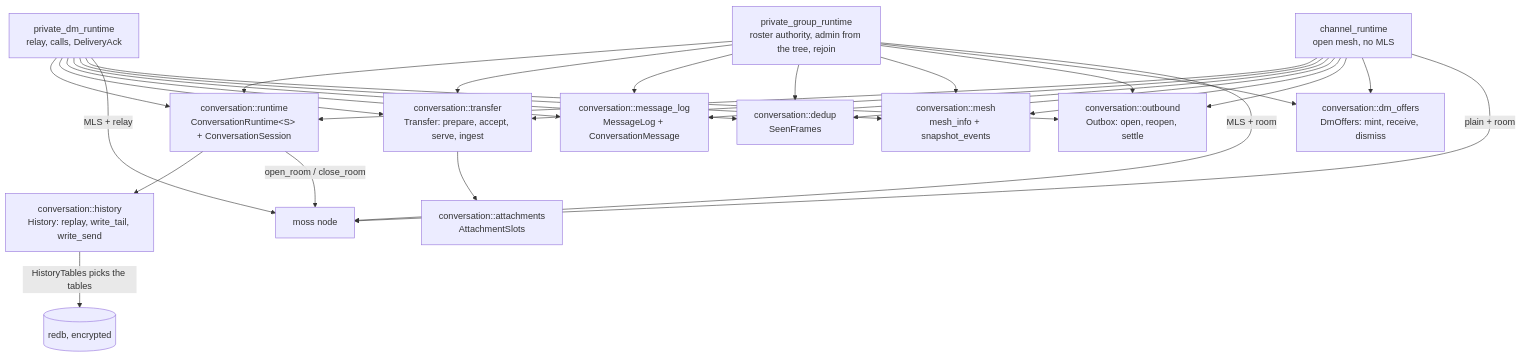
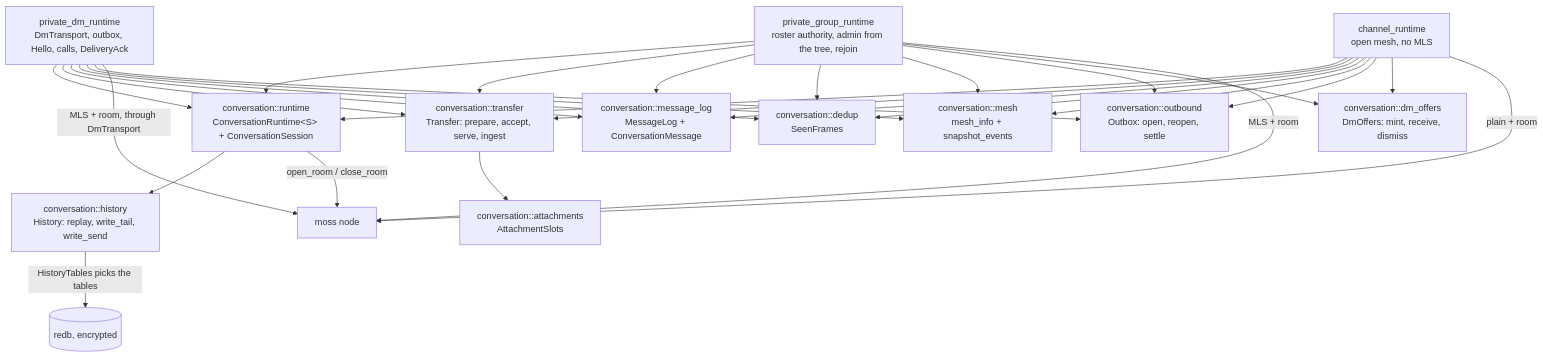
The ninth of 12 diagrams in docs/Architecture.md (redstone-md/mosh-flutter), drawn with Mermaid before and after one commit. The commit also changed other lines of this file and 67 other files, not shown here.

````diff
--- a/docs/Architecture.md
+++ b/docs/Architecture.md
@@ -430,45 +430,45 @@
 ```mermaid
 flowchart TD
-    Dm["private_dm_runtime<br/>relay, calls, DeliveryAck"]
+    Dm["private_dm_runtime<br/>DmTransport, outbox, Hello, calls, DeliveryAck"]
     Gr["private_group_runtime<br/>roster authority, admin from the tree, rejoin"]
     Ch["channel_runtime<br/>open mesh, no MLS"]
     Shell["conversation::runtime<br/>ConversationRuntime&lt;S&gt; + ConversationSession"]
     Slots["conversation::attachments<br/>AttachmentSlots"]
     Xfer["conversation::transfer<br/>Transfer: prepare, accept, serve, ingest"]
     Log["conversation::message_log<br/>MessageLog + ConversationMessage"]
     Seen["conversation::dedup<br/>SeenFrames"]
     Mesh["conversation::mesh<br/>mesh_info + snapshot_events"]
     Out["conversation::outbound<br/>Outbox: open, reopen, settle"]
     Hist["conversation::history<br/>History: replay, write_tail, write_send"]
     Offers["conversation::dm_offers<br/>DmOffers: mint, receive, dismiss"]
     Moss[moss node]
     Db[(redb, encrypted)]
 
     Dm --> Shell
     Gr --> Shell
     Ch --> Shell
     Dm --> Xfer
     Gr --> Xfer
     Ch --> Xfer
     Dm --> Log
     Dm --> Seen
     Dm --> Mesh
     Dm --> Out
     Gr --> Log
     Gr --> Seen
     Gr --> Mesh
     Gr --> Out
     Gr --> Offers
     Ch --> Log
     Ch --> Seen
     Ch --> Mesh
     Ch --> Out
     Ch --> Offers
     Xfer --> Slots
     Shell --> Hist
     Shell -->|"open_room / close_room"| Moss
     Hist -->|"HistoryTables picks the tables"| Db
-    Dm -->|"MLS + relay"| Moss
+    Dm -->|"MLS + room, through DmTransport"| Moss
     Gr -->|"MLS + room"| Moss
     Ch -->|"plain + room"| Moss
 ```
````
